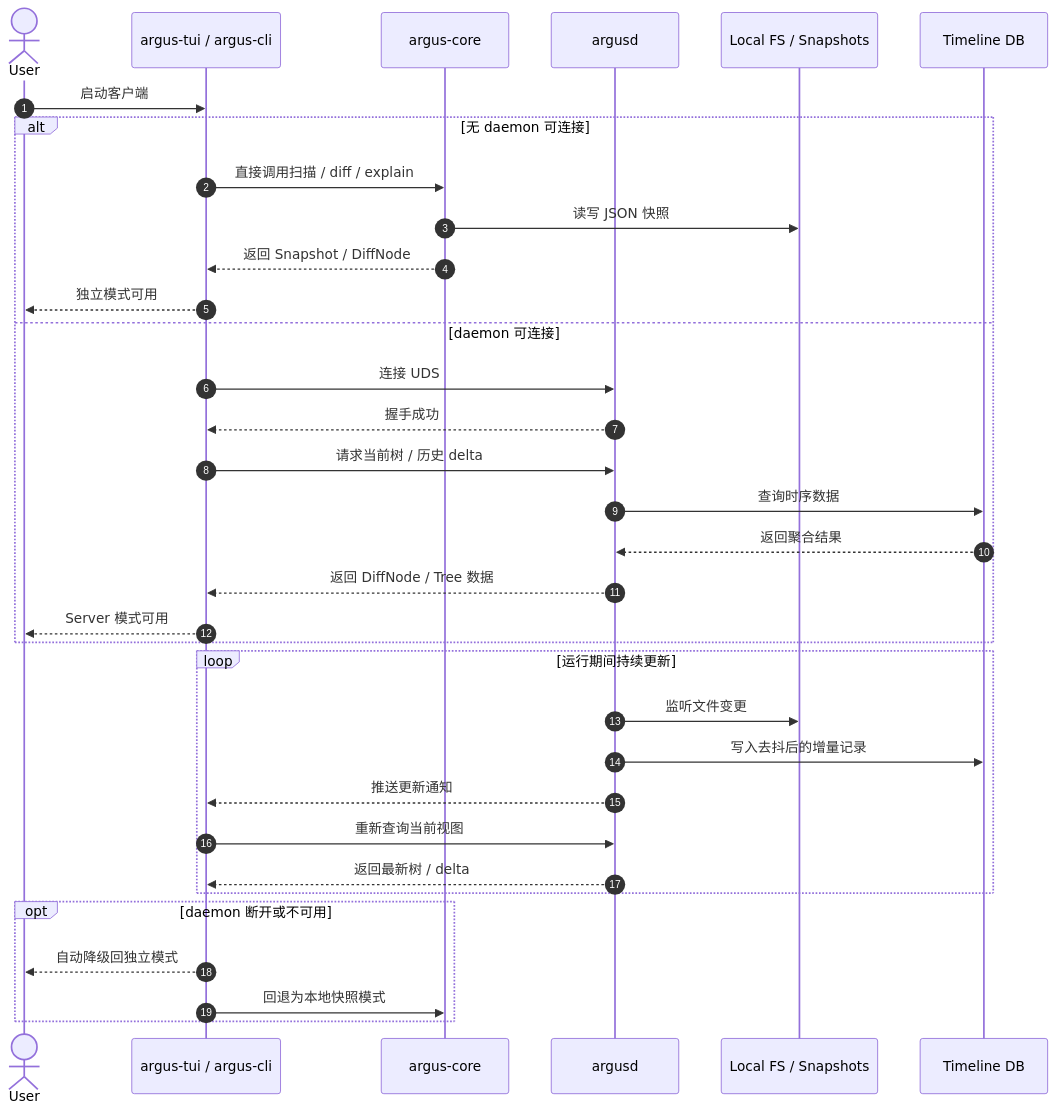
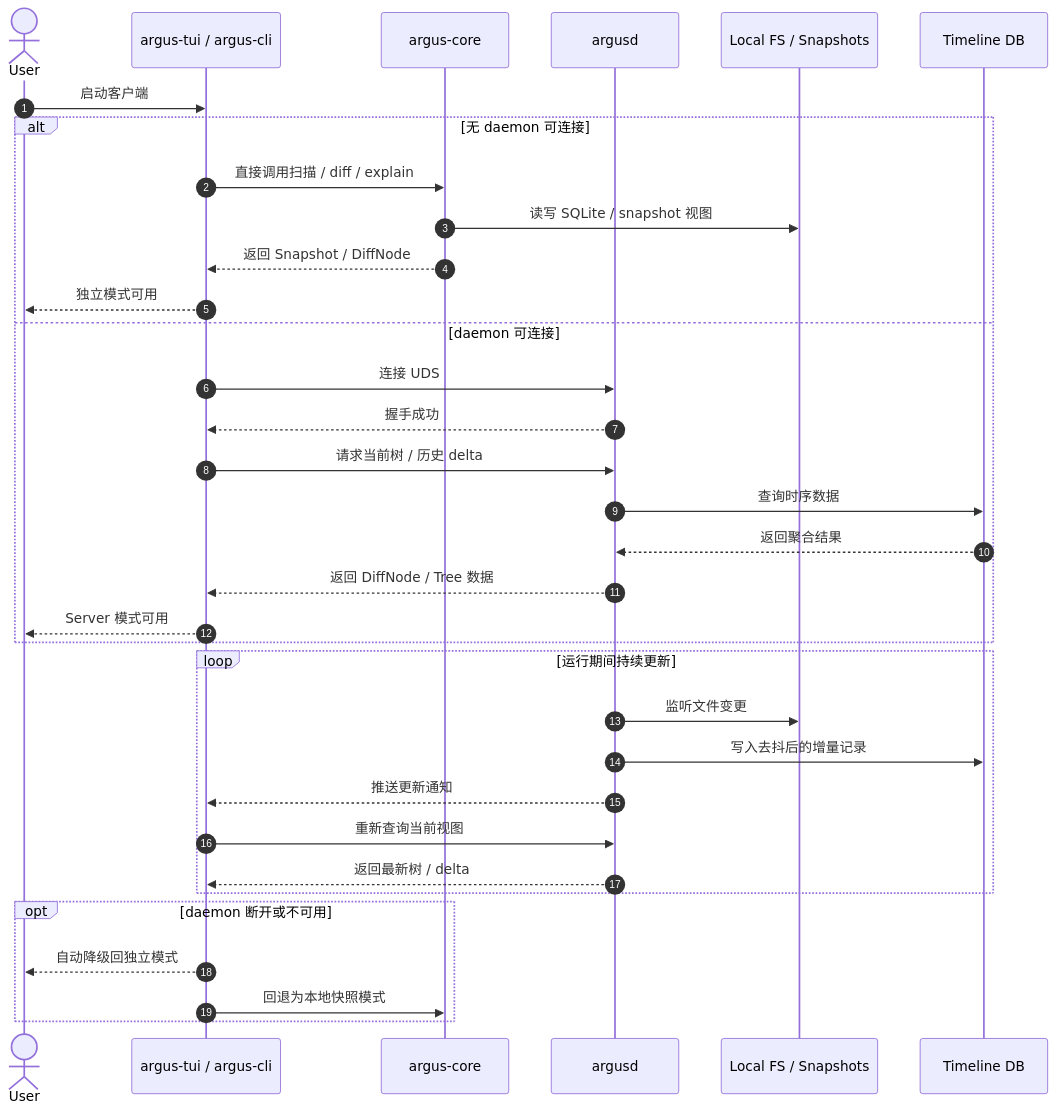
The diagram in docs/requirements/02-architecture.md (beyondlex/argus), drawn with Mermaid before and after one commit. The commit also changed other lines of this file and 21 other files, not shown here.

````diff
--- a/docs/requirements/02-architecture.md
+++ b/docs/requirements/02-architecture.md
@@ -99,40 +100,40 @@
 ```mermaid
 sequenceDiagram
     autonumber
     actor User
     participant Client as argus-tui / argus-cli
     participant Core as argus-core
     participant Daemon as argusd
     participant FS as Local FS / Snapshots
     participant DB as Timeline DB
 
     User->>Client: 启动客户端
 
     alt 无 daemon 可连接
         Client->>Core: 直接调用扫描 / diff / explain
-        Core->>FS: 读写 JSON 快照
+        Core->>FS: 读写 SQLite / snapshot 视图
         Core-->>Client: 返回 Snapshot / DiffNode
         Client-->>User: 独立模式可用
     else daemon 可连接
         Client->>Daemon: 连接 UDS
         Daemon-->>Client: 握手成功
         Client->>Daemon: 请求当前树 / 历史 delta
         Daemon->>DB: 查询时序数据
         DB-->>Daemon: 返回聚合结果
         Daemon-->>Client: 返回 DiffNode / Tree 数据
         Client-->>User: Server 模式可用
     end
 
     loop 运行期间持续更新
         Daemon->>FS: 监听文件变更
         Daemon->>DB: 写入去抖后的增量记录
         Daemon-->>Client: 推送更新通知
         Client->>Daemon: 重新查询当前视图
         Daemon-->>Client: 返回最新树 / delta
     end
 
     opt daemon 断开或不可用
         Client-->>User: 自动降级回独立模式
         Client->>Core: 回退为本地快照模式
     end
 ```
````
